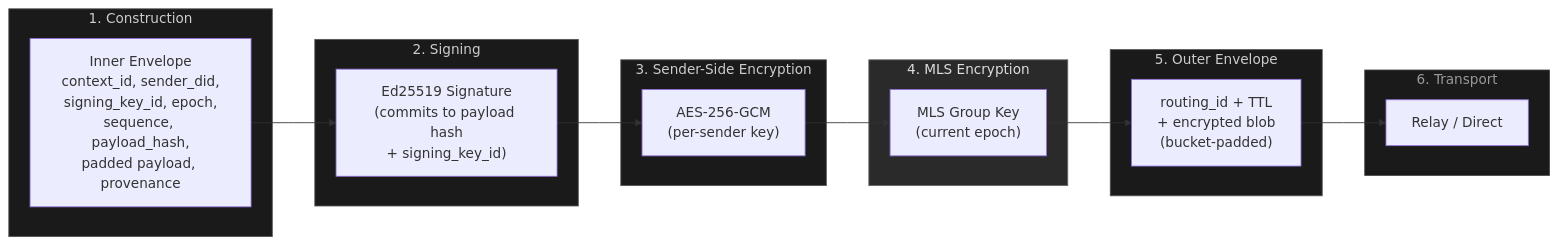
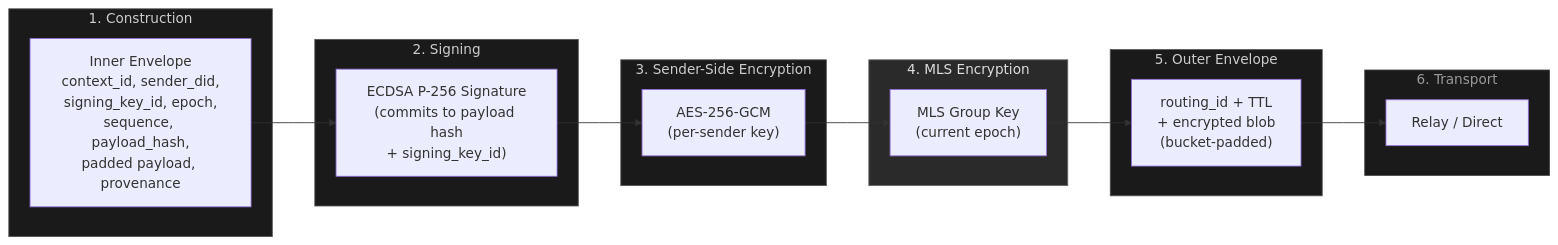
The second of 3 diagrams in .docs/white-paper.md (limn-works/scp), drawn with Mermaid before and after one commit. The commit also changed other lines of this file, not shown here.

````diff
--- a/.docs/white-paper.md
+++ b/.docs/white-paper.md
@@ -189,35 +187,35 @@
 ```mermaid
 flowchart LR
     subgraph construction["1. Construction"]
         IE["Inner Envelope\ncontext_id, sender_did,\nsigning_key_id, epoch,\nsequence, payload_hash,\npadded payload, provenance"]
     end
 
     subgraph signing["2. Signing"]
-        SIG["Ed25519 Signature\n(commits to payload hash\n+ signing_key_id)"]
+        SIG["ECDSA P-256 Signature\n(commits to payload hash\n+ signing_key_id)"]
     end
 
     subgraph sender["3. Sender-Side Encryption"]
         SK["AES-256-GCM\n(per-sender key)"]
     end
 
     subgraph mls["4. MLS Encryption"]
         MLS["MLS Group Key\n(current epoch)"]
     end
 
     subgraph outer["5. Outer Envelope"]
         OE["routing_id + TTL\n+ encrypted blob\n(bucket-padded)"]
     end
 
     subgraph transport["6. Transport"]
         TX["Relay / Direct"]
     end
 
     IE --> SIG --> SK --> MLS --> OE --> TX
 
     style construction fill:#1a1a1a,stroke:#555,color:#ccc
     style signing fill:#1a1a1a,stroke:#555,color:#ccc
     style sender fill:#1a1a1a,stroke:#555,color:#ccc
     style mls fill:#2a2a2a,stroke:#666,color:#ddd
     style outer fill:#1a1a1a,stroke:#555,color:#ccc
     style transport fill:#1a1a1a,stroke:#444,color:#999
 ```
````
